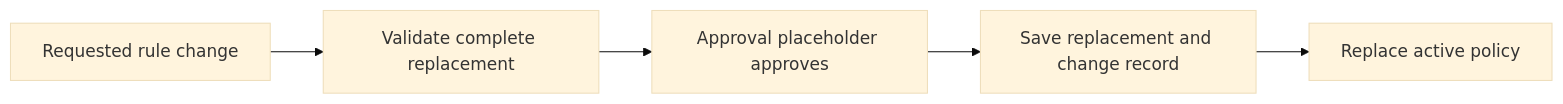
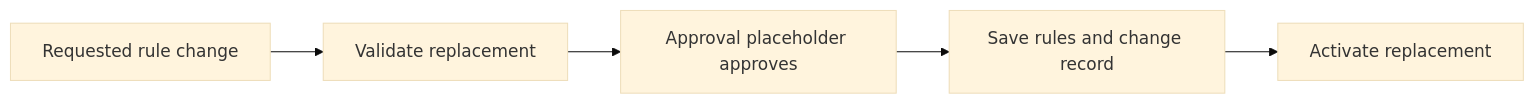
One commit to social-harness/moltzap changed the second of 2 diagrams in packages/social-harness/src/firewall/README.md. Above: the diagram before and after it, drawn with Mermaid (base theme). The commit also changed other lines of this file and 19 other files, not shown here.

Commit message:
Simplify firewall behavior tests and explain the implemented flow

````diff
--- a/packages/social-harness/src/firewall/README.md
+++ b/packages/social-harness/src/firewall/README.md
@@ -40,7 +27,7 @@
 ```mermaid
 flowchart LR
-  A[Requested rule change] --> B[Validate complete replacement]
+  A[Requested rule change] --> B[Validate replacement]
   B --> C[Approval placeholder approves]
-  C --> D[Save replacement and change record]
-  D --> E[Replace active policy]
+  C --> D[Save rules and change record]
+  D --> E[Activate replacement]
 ```
````
